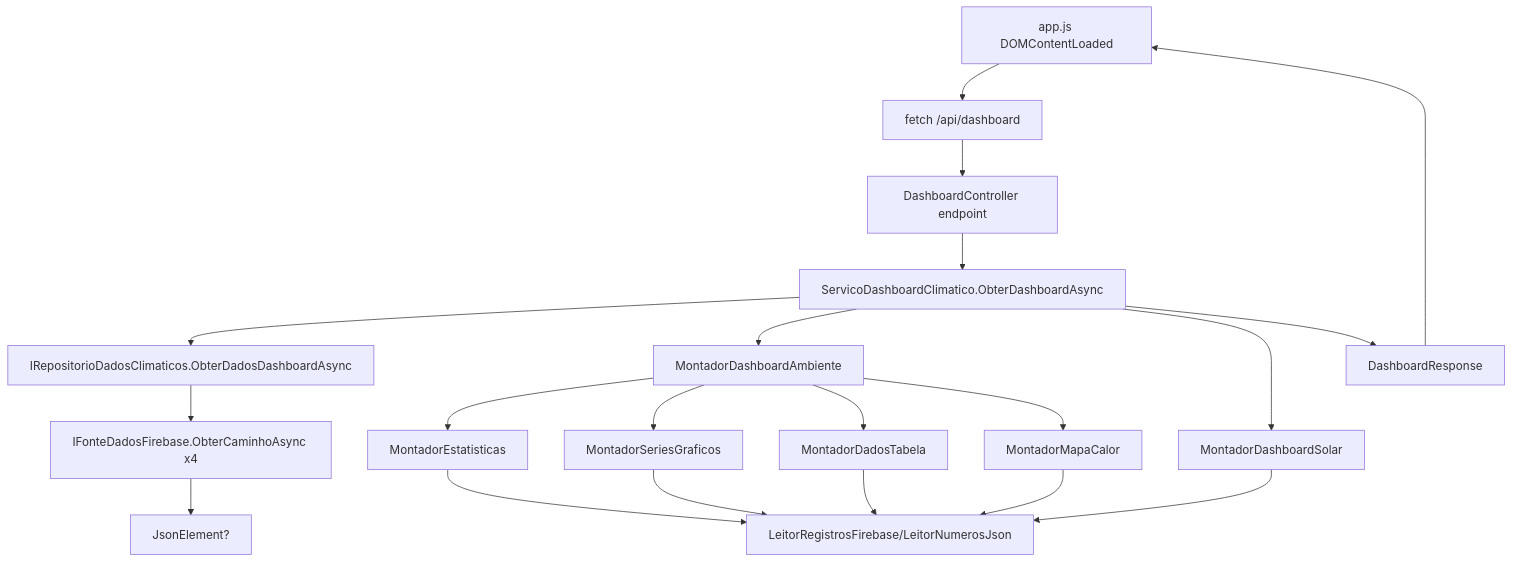
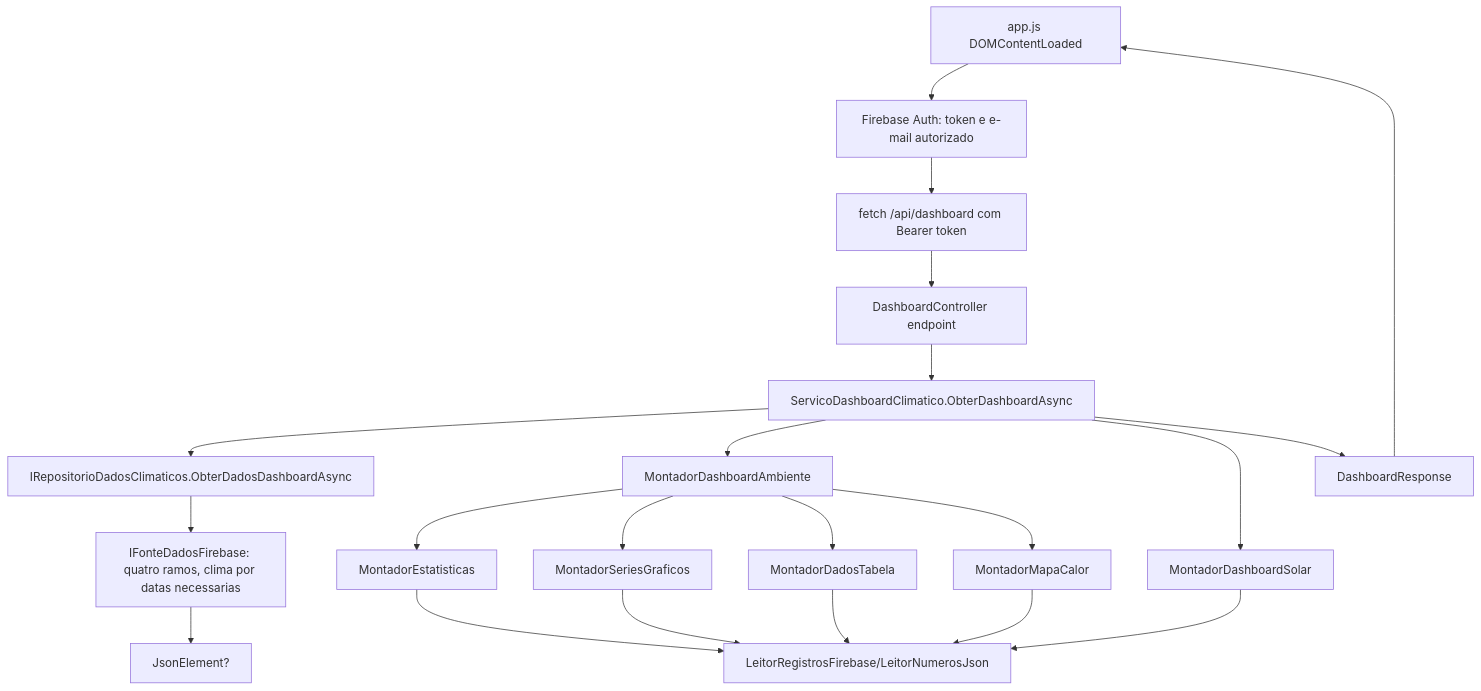
Before and after one commit to anvmano/estacao-climatica-csharp: the diagram in docs/BUSINESS_RULES.md, drawn with Mermaid. The commit also changed other lines of this file and 8 other files, not shown here.

````diff
--- a/docs/BUSINESS_RULES.md
+++ b/docs/BUSINESS_RULES.md
@@ -818,22 +818,23 @@
 ```mermaid
 graph TD
-    UI["app.js DOMContentLoaded"] --> Fetch["fetch /api/dashboard"]
+    UI["app.js DOMContentLoaded"] --> Auth["Firebase Auth: token e e-mail autorizado"]
+    Auth --> Fetch["fetch /api/dashboard com Bearer token"]
     Fetch --> Controller["DashboardController endpoint"]
     Controller --> Service["ServicoDashboardClimatico.ObterDashboardAsync"]
     Service --> Repository["IRepositorioDadosClimaticos.ObterDadosDashboardAsync"]
-    Repository --> Firebase["IFonteDadosFirebase.ObterCaminhoAsync x4"]
+    Repository --> Firebase["IFonteDadosFirebase: quatro ramos, clima por datas necessarias"]
     Firebase --> Json["JsonElement?"]
     Service --> Env["MontadorDashboardAmbiente"]
     Service --> Solar["MontadorDashboardSolar"]
     Env --> Estatisticas["MontadorEstatisticas"]
     Env --> Charts["MontadorSeriesGraficos"]
     Env --> Table["MontadorDadosTabela"]
     Env --> Heatmap["MontadorMapaCalor"]
     Estatisticas --> Reader["LeitorRegistrosFirebase/LeitorNumerosJson"]
     Charts --> Reader
     Table --> Reader
     Heatmap --> Reader
     Solar --> Reader
     Service --> Response["DashboardResponse"]
     Response --> UI
 ```
````
